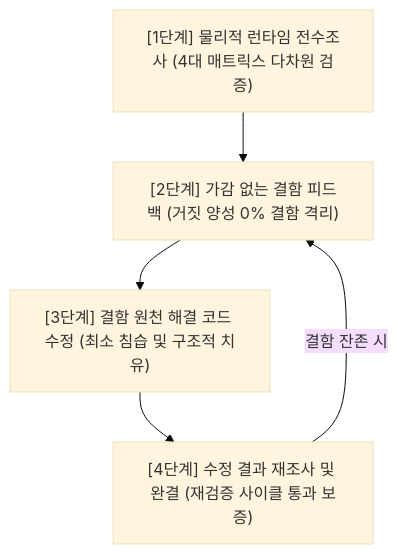
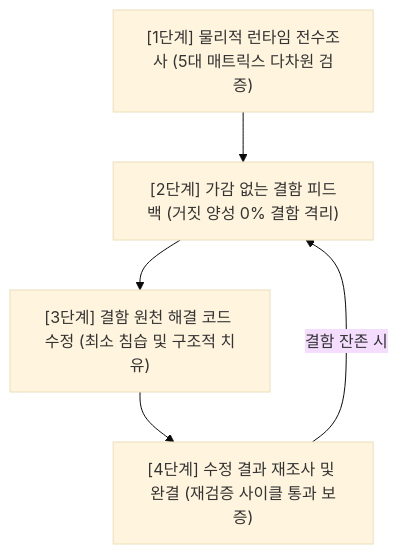
One commit to jmyoon312/VLStudio changed the diagram in .agent/skills/exhaustive-audit-verification-cycle/SKILL.md. Above: the diagram before and after it, drawn with Mermaid (base theme). The commit also changed other lines of this file and 5 other files, not shown here.

````diff
--- a/.agent/skills/exhaustive-audit-verification-cycle/SKILL.md
+++ b/.agent/skills/exhaustive-audit-verification-cycle/SKILL.md
@@ -17,10 +19,10 @@
 ```mermaid
 graph TD
-    S1["[1단계] 물리적 런타임 전수조사 (4대 매트릭스 다차원 검증)"]
+    S1["[1단계] 물리적 런타임 전수조사 (5대 매트릭스 다차원 검증)"]
     S2["[2단계] 가감 없는 결함 피드백 (거짓 양성 0% 결함 격리)"]
     S3["[3단계] 결함 원천 해결 코드 수정 (최소 침습 및 구조적 치유)"]
     S4["[4단계] 수정 결과 재조사 및 완결 (재검증 사이클 통과 보증)"]
 
     S1 --> S2 --> S3 --> S4
     S4 -- "결함 잔존 시" --> S2
 ```
````
